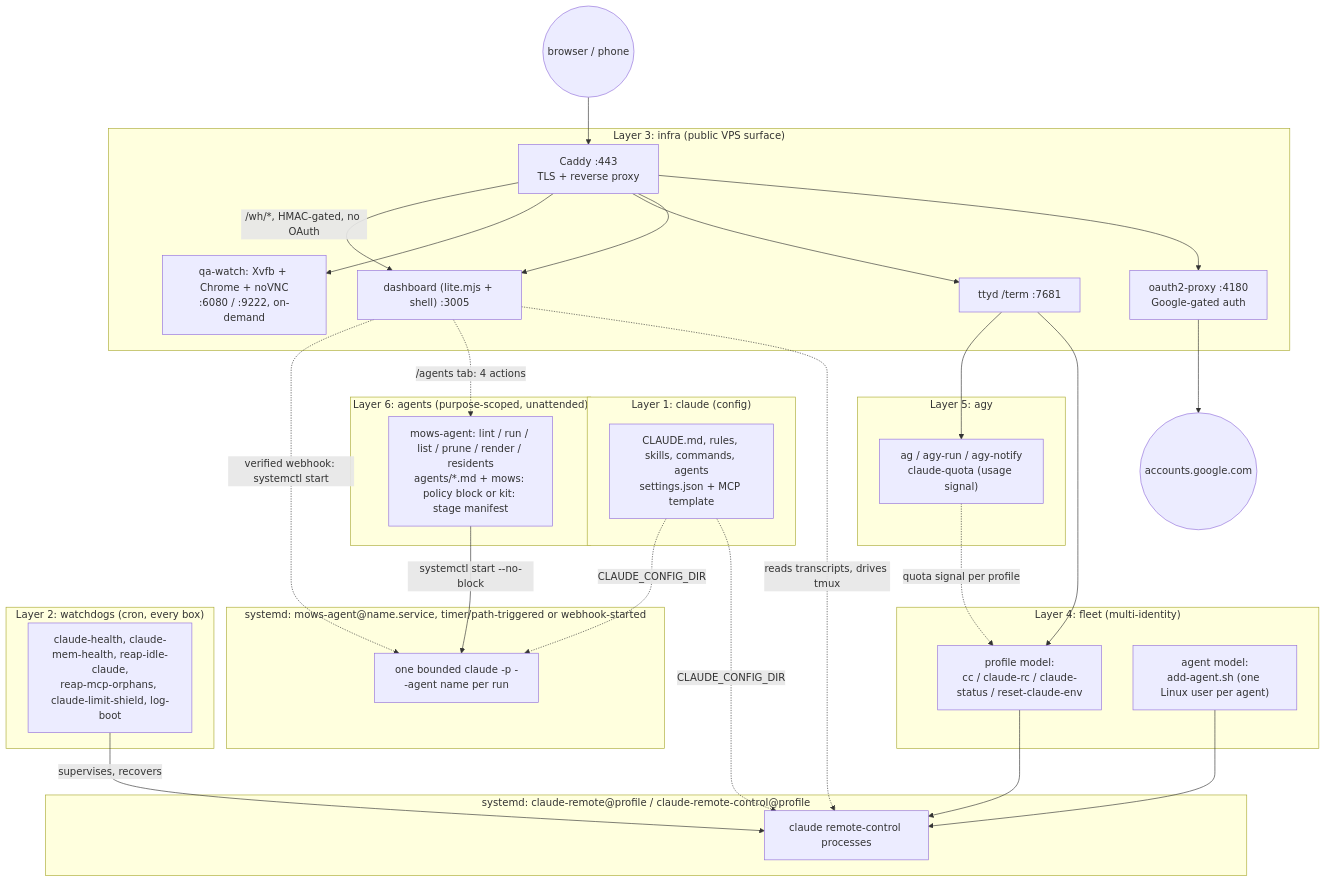
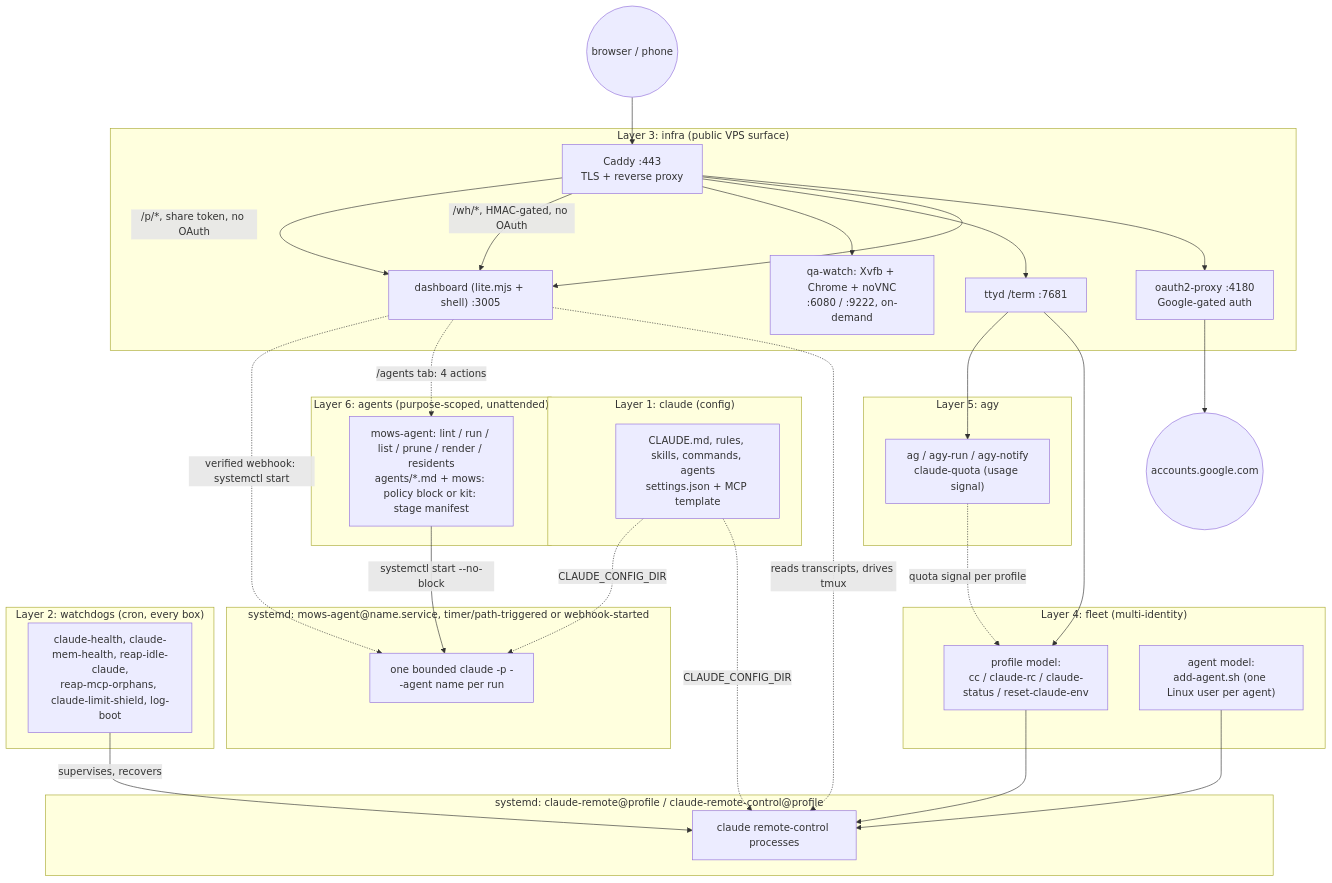
Before and after one commit to alhe99/mows-harness: the diagram in README.md, drawn with Mermaid. The commit also changed other lines of this file and 4 other files, not shown here.

````diff
--- a/README.md
+++ b/README.md
@@ -404,60 +427,61 @@
 ```mermaid
 flowchart TB
     subgraph Layer1["Layer 1: claude (config)"]
         CFG["CLAUDE.md, rules, skills, commands, agents<br/>settings.json + MCP template"]
     end
 
     subgraph Layer4["Layer 4: fleet (multi-identity)"]
         PROFILE["profile model:<br/>cc / claude-rc / claude-status / reset-claude-env"]
         AGENT["agent model:<br/>add-agent.sh (one Linux user per agent)"]
     end
 
     subgraph Layer5["Layer 5: agy"]
         AGY["ag / agy-run / agy-notify<br/>claude-quota (usage signal)"]
     end
 
     subgraph Layer6["Layer 6: agents (purpose-scoped, unattended)"]
         MAGENT["mows-agent: lint / run / list / prune / render / residents<br/>agents/*.md + mows: policy block or kit: stage manifest"]
     end
 
     subgraph RCUNITS["systemd: claude-remote@profile / claude-remote-control@profile"]
         RC["claude remote-control processes"]
     end
 
     subgraph AGENTUNIT["systemd: mows-agent@name.service, timer/path-triggered or webhook-started"]
         ARUN["one bounded claude -p --agent name per run"]
     end
 
     subgraph Layer2["Layer 2: watchdogs (cron, every box)"]
         WD["claude-health, claude-mem-health, reap-idle-claude,<br/>reap-mcp-orphans, claude-limit-shield, log-boot"]
     end
 
     subgraph Layer3["Layer 3: infra (public VPS surface)"]
         CADDY["Caddy :443<br/>TLS + reverse proxy"]
         OAUTH["oauth2-proxy :4180<br/>Google-gated auth"]
         DASH["dashboard (lite.mjs + shell) :3005"]
         TERM["ttyd /term :7681"]
         WATCH["qa-watch: Xvfb + Chrome + noVNC<br/>:6080 / :9222, on-demand"]
     end
 
     Browser(("browser / phone")) --> CADDY
     CADDY --> OAUTH
     OAUTH --> Google(("accounts.google.com"))
     CADDY --> DASH
     CADDY --> TERM
     CADDY --> WATCH
 
     CFG -.->|CLAUDE_CONFIG_DIR| RC
     PROFILE --> RC
     AGENT --> RC
     TERM --> PROFILE
     TERM --> AGY
     AGY -.->|quota signal per profile| PROFILE
     DASH -.->|reads transcripts, drives tmux| RC
     WD -->|supervises, recovers| RC
     MAGENT -->|systemctl start --no-block| ARUN
     CFG -.->|CLAUDE_CONFIG_DIR| ARUN
     DASH -.->|/agents tab: 4 actions| MAGENT
     CADDY -->|/wh/*, HMAC-gated, no OAuth| DASH
+    CADDY -->|/p/*, share token, no OAuth| DASH
     DASH -.->|verified webhook: systemctl start| ARUN
 ```
````
